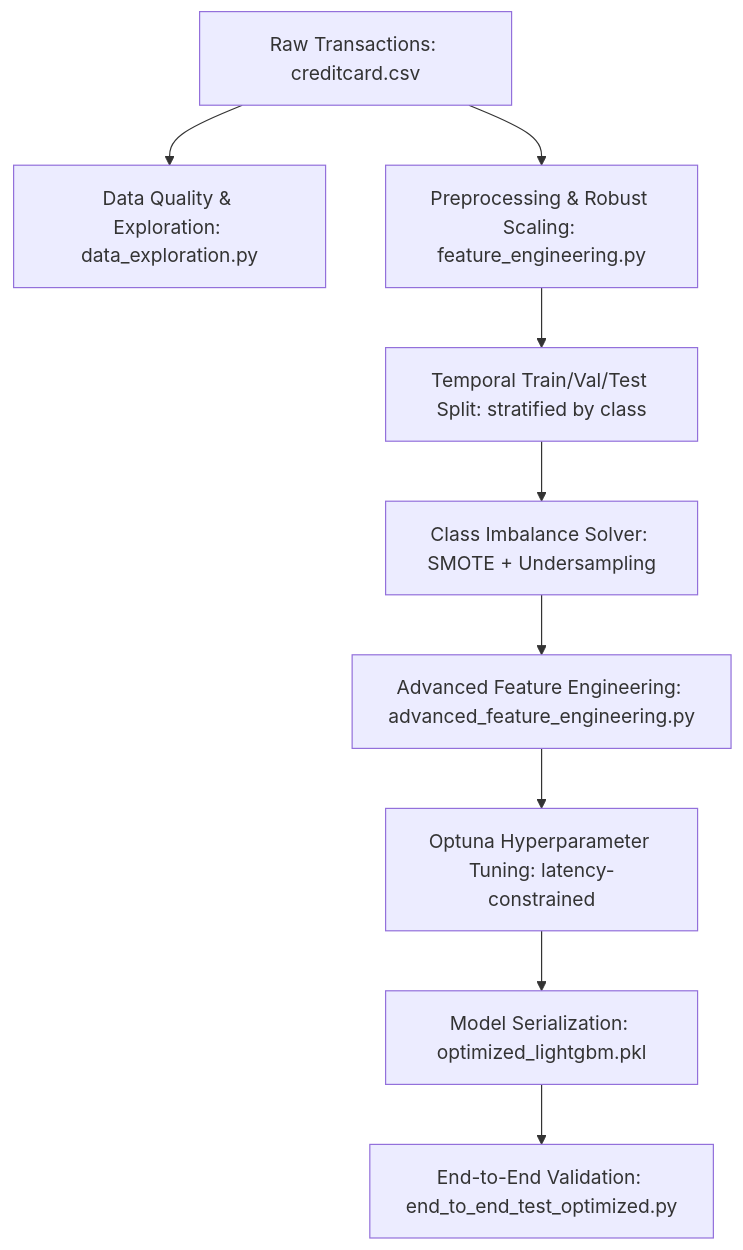
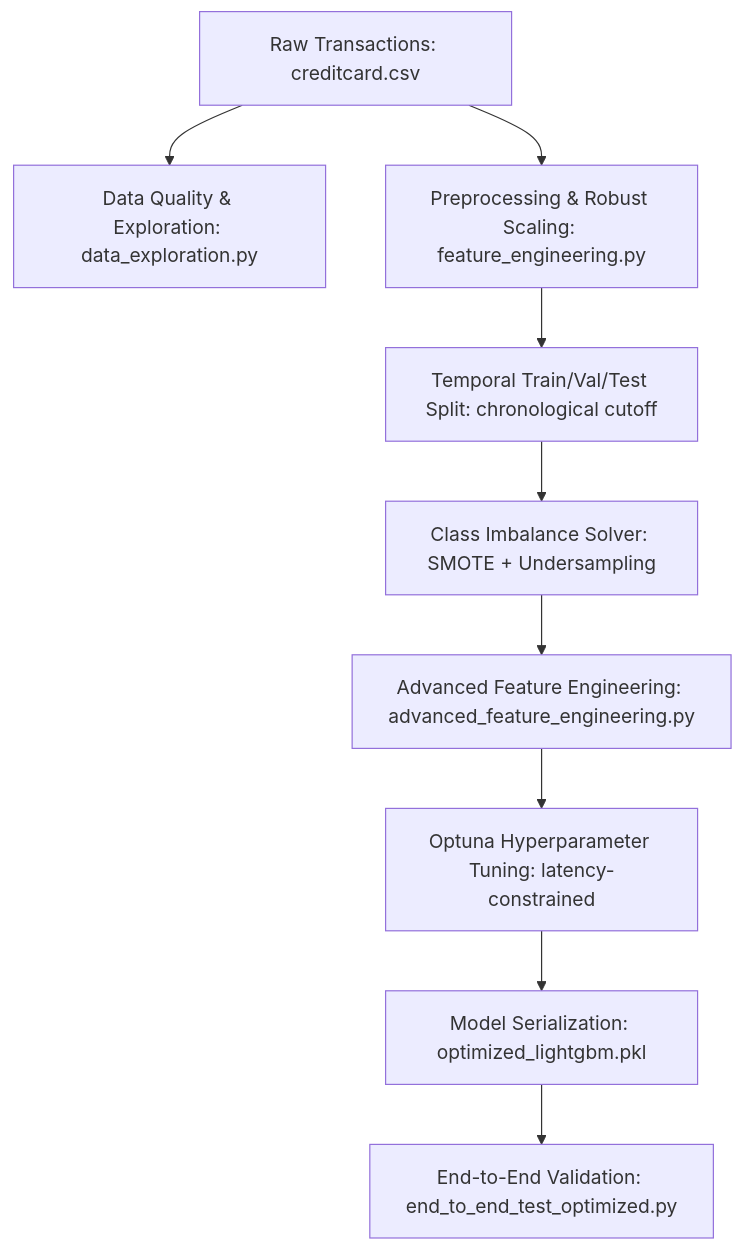
One commit to CollinsNyatundo/creditcard-fraud changed the diagram in README.md. Above: the diagram before and after it, drawn with Mermaid. The commit also changed 2 other files, not shown here.

Commit message:
ci: load docker image in build-push-action for verification step

````diff
--- a/README.md
+++ b/README.md
@@ -65,11 +65,11 @@
 ```mermaid
 graph TD
     A[Raw Transactions: creditcard.csv] --> B[Data Quality & Exploration: data_exploration.py]
     A --> C[Preprocessing & Robust Scaling: feature_engineering.py]
-    C --> D[Temporal Train/Val/Test Split: stratified by class]
+    C --> D[Temporal Train/Val/Test Split: chronological cutoff]
     D --> E[Class Imbalance Solver: SMOTE + Undersampling]
     E --> F[Advanced Feature Engineering: advanced_feature_engineering.py]
     F --> G[Optuna Hyperparameter Tuning: latency-constrained]
     G --> H[Model Serialization: optimized_lightgbm.pkl]
     H --> I[End-to-End Validation: end_to_end_test_optimized.py]
 ```
````
